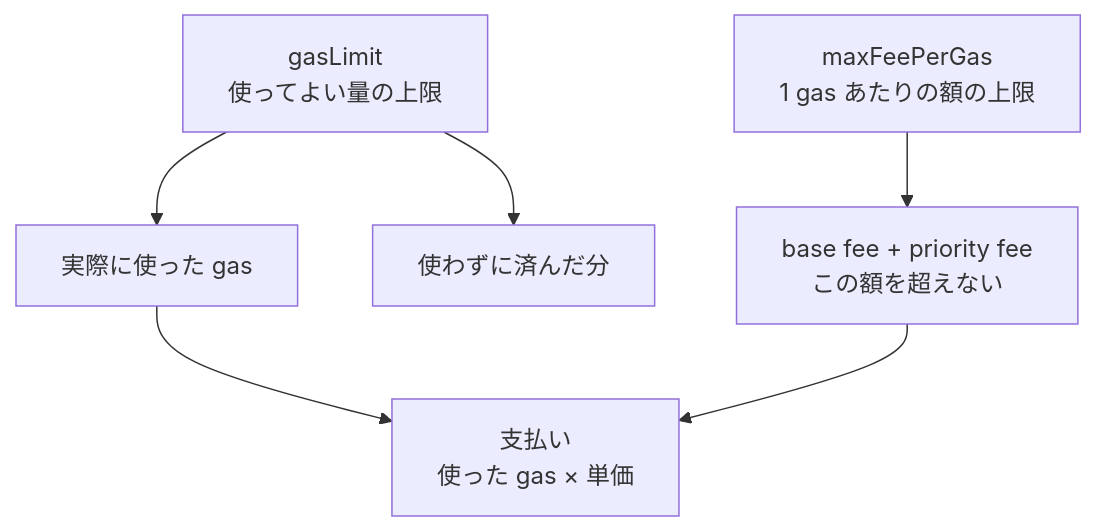
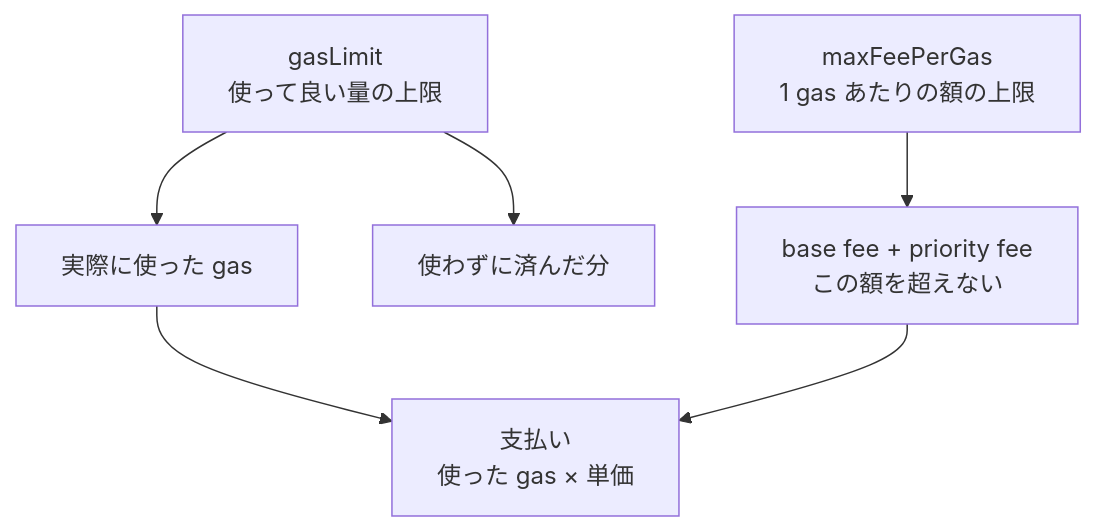
One commit to nao1215/debimate changed the fifth of 6 diagrams in content/notes/blockchain-systems/ethereum-transaction/index.md. Above: the diagram before and after it, drawn with Mermaid. The commit also changed other lines of this file and 46 other files, not shown here.

````diff
--- a/content/notes/blockchain-systems/ethereum-transaction/index.md
+++ b/content/notes/blockchain-systems/ethereum-transaction/index.md
@@ -138,8 +138,8 @@
 ```mermaid
 flowchart TD
-    G["gasLimit<br/>使ってよい量の上限"] --> U["実際に使った gas"]
+    G["gasLimit<br/>使って良い量の上限"] --> U["実際に使った gas"]
     G --> R["使わずに済んだ分"]
     M["maxFeePerGas<br/>1 gas あたりの額の上限"] --> C["base fee + priority fee<br/>この額を超えない"]
     U --> F["支払い<br/>使った gas × 単価"]
     C --> F
 ```
````
